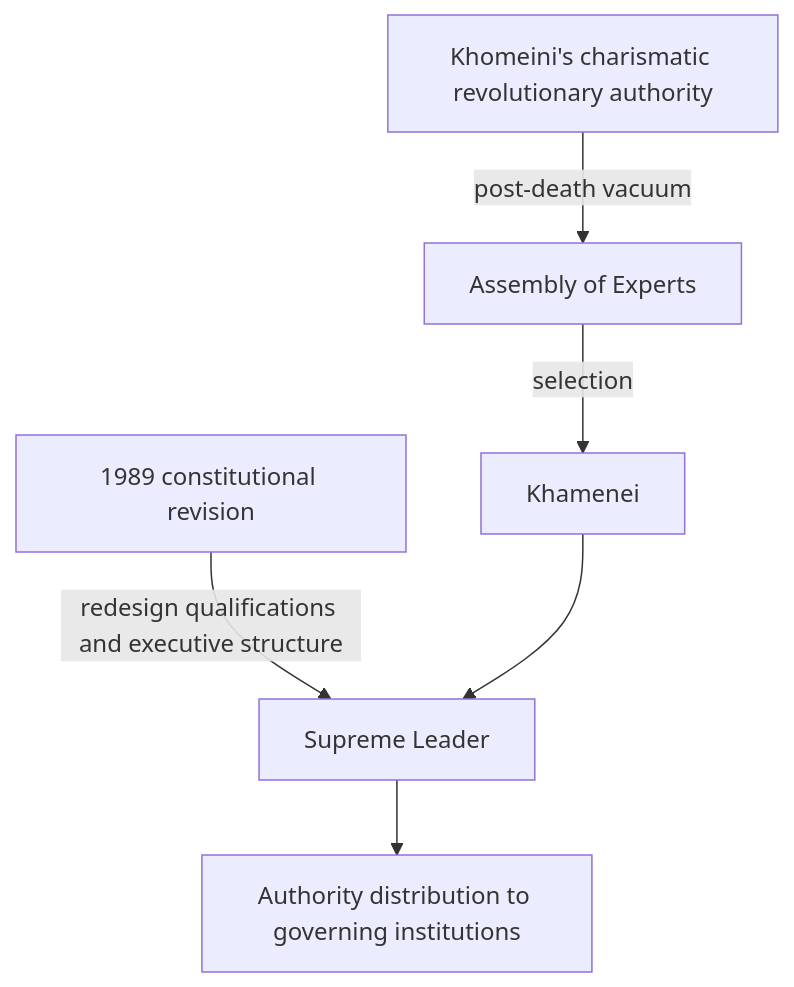
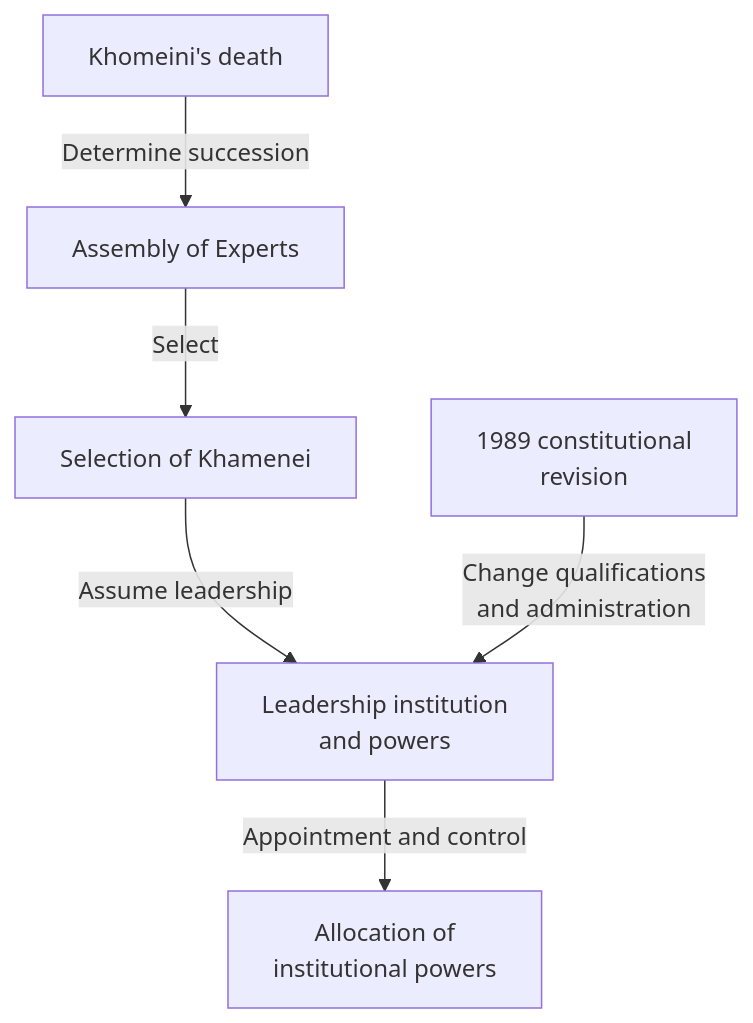
The second of 3 diagrams in articles/report/khomeini-to-khamenei-transition/en/index.mdx (daylight55/research), drawn with Mermaid before and after one commit. The commit also changed other lines of this file and 181 other files, not shown here.

First line of the commit message:
全記事の図解368点を再生成し、共通注意書きを削除 (#402)

````diff
--- a/articles/report/khomeini-to-khamenei-transition/en/index.mdx
+++ b/articles/report/khomeini-to-khamenei-transition/en/index.mdx
@@ -45,15 +48,16 @@
 ```mermaid
-flowchart TB
-    Khomeini["Khomeini's charismatic revolutionary authority"]
-    Assembly["Assembly of Experts"]
-    Revision["1989 constitutional revision"]
-    Khamenei["Khamenei"]
-    Leader["Supreme Leader"]
-    Institutions["Authority distribution to governing institutions"]
-
-    Khomeini -->|post-death vacuum| Assembly
-    Assembly -->|selection| Khamenei
-    Revision -->|redesign qualifications and executive structure| Leader
-    Khamenei --> Leader
-    Leader --> Institutions
+flowchart TD
+  accTitle: Selection and constitutional revision in 1989
+  accDescr: Distinguish the Assembly of Experts' selection of Khamenei from constitutional changes to leadership qualifications and executive arrangements.
+  N0["Khomeini's death"]
+  N1["Assembly of Experts"]
+  N2["Selection of Khamenei"]
+  N3["1989 constitutional<br/>revision"]
+  N4["Leadership institution<br/>and powers"]
+  N5["Allocation of<br/>institutional powers"]
+  N0 -->|Determine succession| N1
+  N1 -->|Select| N2
+  N2 -->|Assume leadership| N4
+  N3 -->|Change qualifications<br/>and administration| N4
+  N4 -->|Appointment and control| N5
 ```
````
